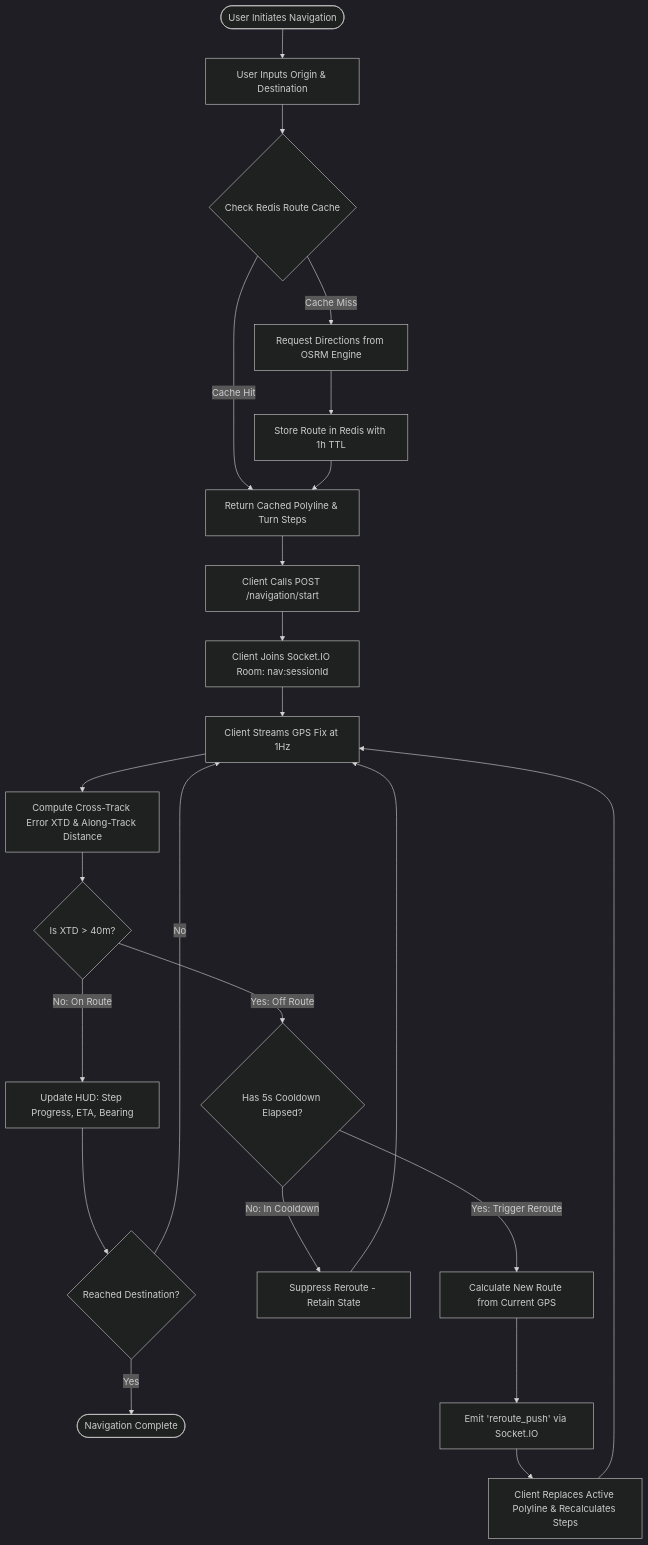
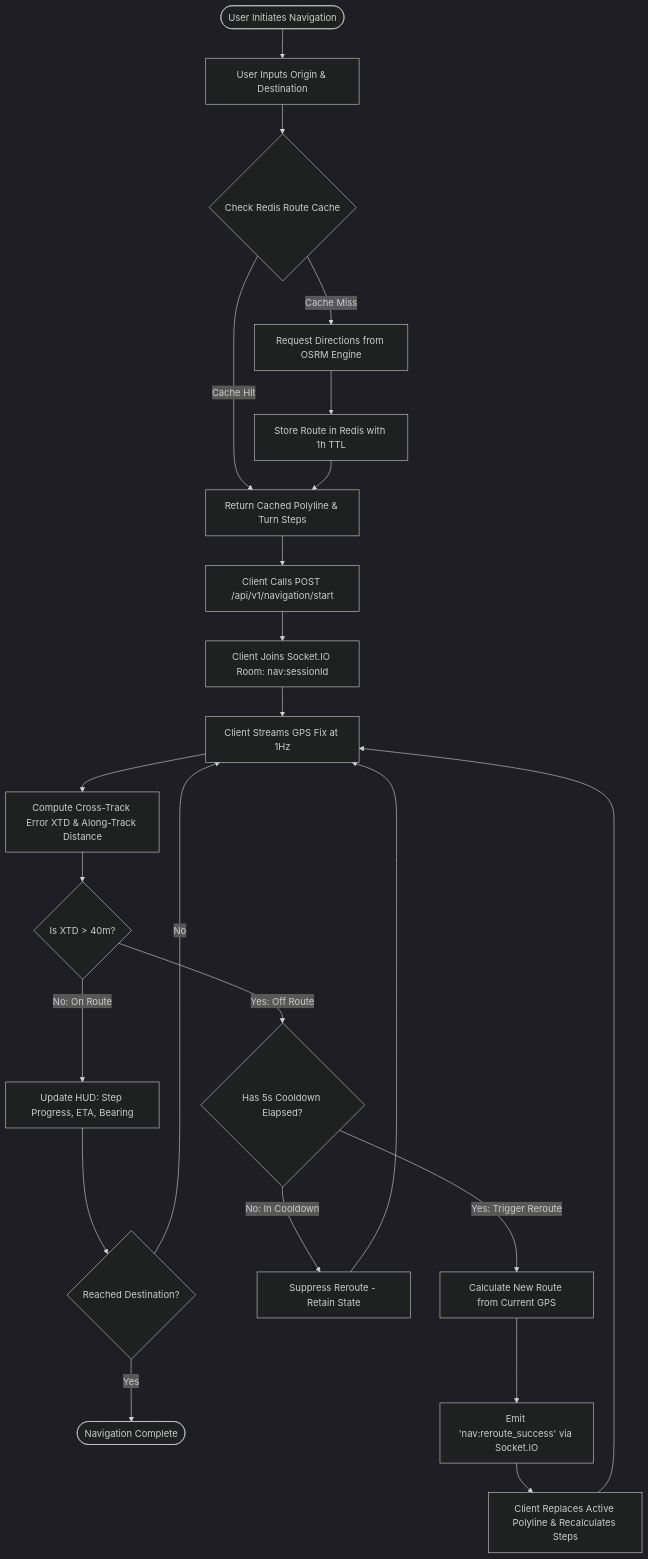
Before and after one commit to maitijit89/B-Map-Backend: the first of 10 diagrams in flowchart.md, drawn with Mermaid (dark theme). The commit also changed other lines of this file and 130 other files, not shown here.

````diff
--- a/flowchart.md
+++ b/flowchart.md
@@ -12,32 +12,32 @@
 ```mermaid
 flowchart TD
     Start([User Initiates Navigation]) --> InputCoords[User Inputs Origin & Destination]
     InputCoords --> CheckCache{Check Redis Route Cache}
 
     CheckCache -->|Cache Hit| ReturnRoute[Return Cached Polyline & Turn Steps]
     CheckCache -->|Cache Miss| QueryOSRM[Request Directions from OSRM Engine]
     QueryOSRM --> StoreCache[Store Route in Redis with 1h TTL]
     StoreCache --> ReturnRoute
 
-    ReturnRoute --> StartSession[Client Calls POST /navigation/start]
+    ReturnRoute --> StartSession[Client Calls POST /api/v1/navigation/start]
     StartSession --> OpenSocket[Client Joins Socket.IO Room: nav:sessionId]
 
     OpenSocket --> StreamGPS[Client Streams GPS Fix at 1Hz]
     StreamGPS --> CalcXTD[Compute Cross-Track Error XTD & Along-Track Distance]
 
     CalcXTD --> CheckOffRoute{Is XTD > 40m?}
 
     CheckOffRoute -->|No: On Route| UpdateHUD[Update HUD: Step Progress, ETA, Bearing]
     UpdateHUD --> CheckDestination{Reached Destination?}
     CheckDestination -->|No| StreamGPS
     CheckDestination -->|Yes| FinishNav([Navigation Complete])
 
     CheckOffRoute -->|Yes: Off Route| CheckCooldown{Has 5s Cooldown Elapsed?}
     CheckCooldown -->|No: In Cooldown| SuppressJitter[Suppress Reroute - Retain State]
     SuppressJitter --> StreamGPS
 
     CheckCooldown -->|Yes: Trigger Reroute| RecalculateOSRM[Calculate New Route from Current GPS]
-    RecalculateOSRM --> SocketPush[Emit 'reroute_push' via Socket.IO]
+    RecalculateOSRM --> SocketPush[Emit 'nav:reroute_success' via Socket.IO]
     SocketPush --> UpdateClientHUD[Client Replaces Active Polyline & Recalculates Steps]
     UpdateClientHUD --> StreamGPS
 ```
````
